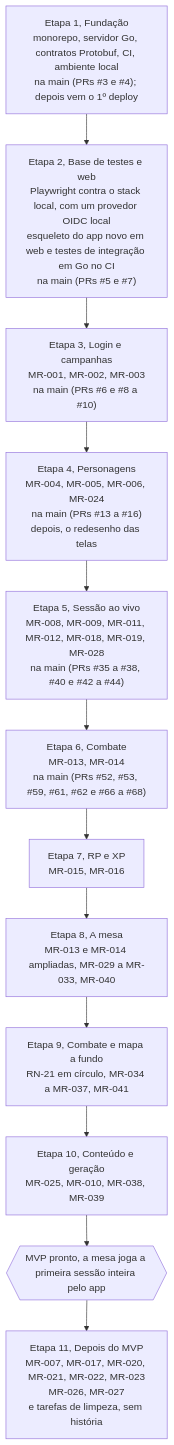
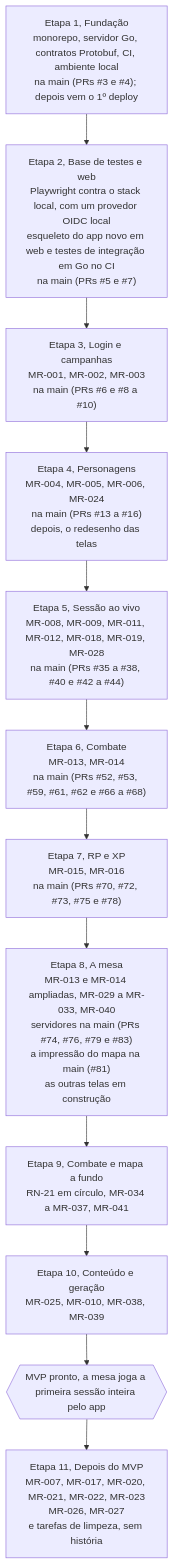
The diagram in docs/roadmap.md (PuraFome/meuRPG), drawn with Mermaid before and after one commit. The commit also changed other lines of this file and 39 other files, not shown here.

````diff
--- a/docs/roadmap.md
+++ b/docs/roadmap.md
@@ -5,17 +5,17 @@
 ```mermaid
 flowchart TD
     E1["Etapa 1, Fundação<br/>monorepo, servidor Go, contratos Protobuf, CI, ambiente local<br/>na main (PRs #3 e #4); depois vem o 1º deploy"]
     E2["Etapa 2, Base de testes e web<br/>Playwright contra o stack local, com um provedor OIDC local<br/>esqueleto do app novo em web e testes de integração em Go no CI<br/>na main (PRs #5 e #7)"]
     E3["Etapa 3, Login e campanhas<br/>MR-001, MR-002, MR-003<br/>na main (PRs #6 e #8 a #10)"]
     E4["Etapa 4, Personagens<br/>MR-004, MR-005, MR-006, MR-024<br/>na main (PRs #13 a #16)<br/>depois, o redesenho das telas"]
     E5["Etapa 5, Sessão ao vivo<br/>MR-008, MR-009, MR-011, MR-012, MR-018, MR-019, MR-028<br/>na main (PRs #35 a #38, #40 e #42 a #44)"]
     E6["Etapa 6, Combate<br/>MR-013, MR-014<br/>na main (PRs #52, #53, #59, #61, #62 e #66 a #68)"]
-    E7["Etapa 7, RP e XP<br/>MR-015, MR-016"]
-    E8["Etapa 8, A mesa<br/>MR-013 e MR-014 ampliadas, MR-029 a MR-033, MR-040"]
+    E7["Etapa 7, RP e XP<br/>MR-015, MR-016<br/>na main (PRs #70, #72, #73, #75 e #78)"]
+    E8["Etapa 8, A mesa<br/>MR-013 e MR-014 ampliadas, MR-029 a MR-033, MR-040<br/>servidores na main (PRs #74, #76, #79 e #83)<br/>a impressão do mapa na main (#81)<br/>as outras telas em construção"]
     E9["Etapa 9, Combate e mapa a fundo<br/>RN-21 em círculo, MR-034 a MR-037, MR-041"]
     E10["Etapa 10, Conteúdo e geração<br/>MR-025, MR-010, MR-038, MR-039"]
     MVP{{"MVP pronto, a mesa joga a primeira sessão inteira pelo app"}}
     E11["Etapa 11, Depois do MVP<br/>MR-007, MR-017, MR-020, MR-021, MR-022, MR-023<br/>MR-026, MR-027<br/>e tarefas de limpeza, sem história"]
 
     E1 --> E2 --> E3 --> E4 --> E5 --> E6 --> E7 --> E8 --> E9 --> E10 --> MVP --> E11
 ```
````
